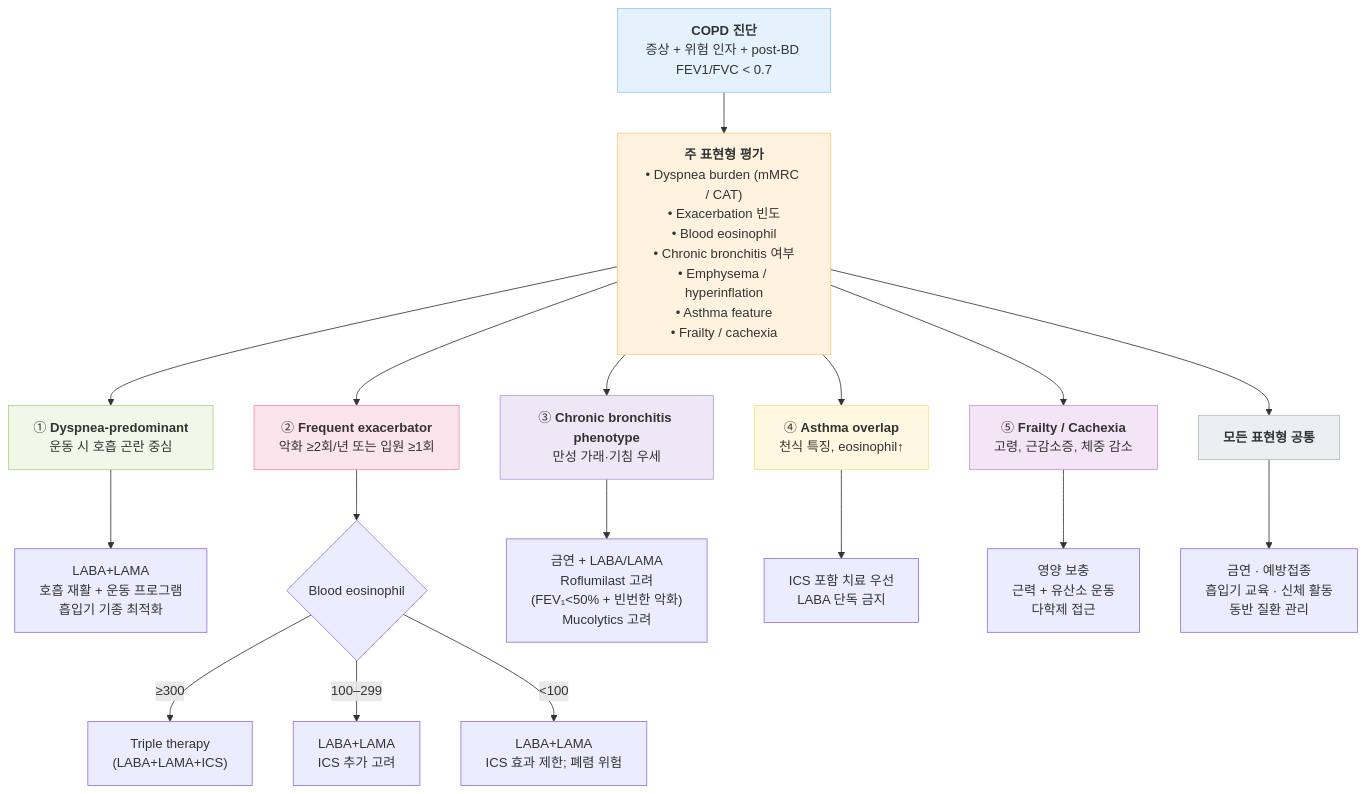
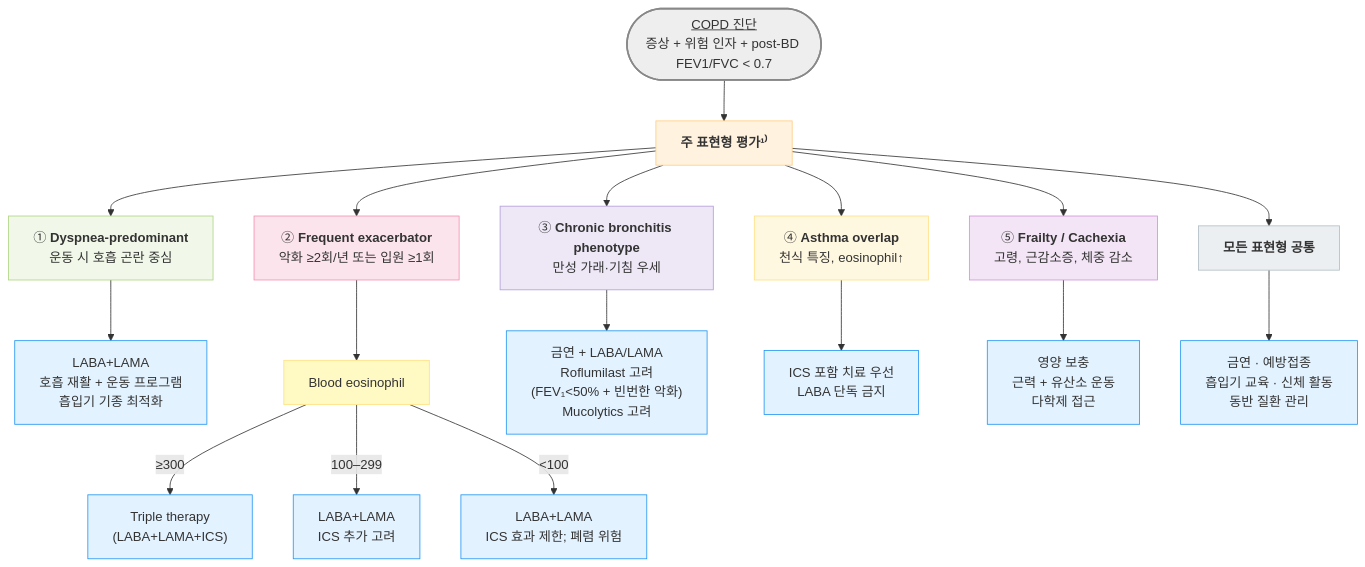
One commit to familyoh77/familyoh77 changed the second of 3 diagrams in 223_/072_-copd.md. Above: the diagram before and after it, drawn with Mermaid. The commit also changed other lines of this file, not shown here.

````diff
--- a/223_/072_-copd.md
+++ b/223_/072_-copd.md
@@ -432,36 +432,39 @@
 ```mermaid
 flowchart TD
-    A["<b>COPD 진단</b><br/>증상 + 위험 인자 + post-BD FEV1/FVC &lt; 0.7"]
+    A(["<u>COPD 진단</u><br/>증상 + 위험 인자 + post-BD FEV1/FVC &lt; 0.7"])
 
-    A --> B["<b>주 표현형 평가</b><br/>• Dyspnea burden (mMRC / CAT)<br/>• Exacerbation 빈도<br/>• Blood eosinophil<br/>• Chronic bronchitis 여부<br/>• Emphysema / hyperinflation<br/>• Asthma feature<br/>• Frailty / cachexia"]
+    A --> B["<b>주 표현형 평가¹⁾</b>"]
 
     B --> C1["① <b>Dyspnea-predominant</b><br/>운동 시 호흡 곤란 중심"]
     C1 --> D1["LABA+LAMA<br/>호흡 재활 + 운동 프로그램<br/>흡입기 기종 최적화"]
 
     B --> C2["② <b>Frequent exacerbator</b><br/>악화 ≥2회/년 또는 입원 ≥1회"]
-    C2 --> E2{"Blood eosinophil"}
+    C2 --> E2["Blood eosinophil"]
     E2 -->|"≥300"| F2["Triple therapy<br/>(LABA+LAMA+ICS)"]
     E2 -->|"100–299"| G2["LABA+LAMA<br/>ICS 추가 고려"]
     E2 -->|"&lt;100"| H2["LABA+LAMA<br/>ICS 효과 제한; 폐렴 위험"]
 
     B --> C3["③ <b>Chronic bronchitis phenotype</b><br/>만성 가래·기침 우세"]
     C3 --> D3["금연 + LABA/LAMA<br/>Roflumilast 고려<br/>(FEV₁&lt;50% + 빈번한 악화)<br/>Mucolytics 고려"]
 
     B --> C4["④ <b>Asthma overlap</b><br/>천식 특징, eosinophil↑"]
     C4 --> D4["ICS 포함 치료 우선<br/>LABA 단독 금지"]
 
     B --> C5["⑤ <b>Frailty / Cachexia</b><br/>고령, 근감소증, 체중 감소"]
     C5 --> D5["영양 보충<br/>근력 + 유산소 운동<br/>다학제 접근"]
 
     B --> Z["<b>모든 표현형 공통</b>"]
     Z --> Z1["금연 · 예방접종<br/>흡입기 교육 · 신체 활동<br/>동반 질환 관리"]
 
-    style A fill:#e3f2fd,stroke:#90caf9
+   classDef sky fill:#e3f2ff,stroke:#2196f3
+   class D1,F2,D3,D4,D5,G2,H2,Z1 sky
+style A fill:#eeeeee,stroke:#888888,stroke-width:2px
     style B fill:#fff3e0,stroke:#ffcc80
     style C1 fill:#f1f8e9,stroke:#aed581
     style C2 fill:#fce4ec,stroke:#f48fb1
     style C3 fill:#ede7f6,stroke:#b39ddb
     style C4 fill:#fff8e1,stroke:#ffe082
     style C5 fill:#f3e5f5,stroke:#ce93d8
+    style E2 fill:#fff9c4,stroke:#ffe082
     style Z fill:#eceff1,stroke:#b0bec5
 ```
````
